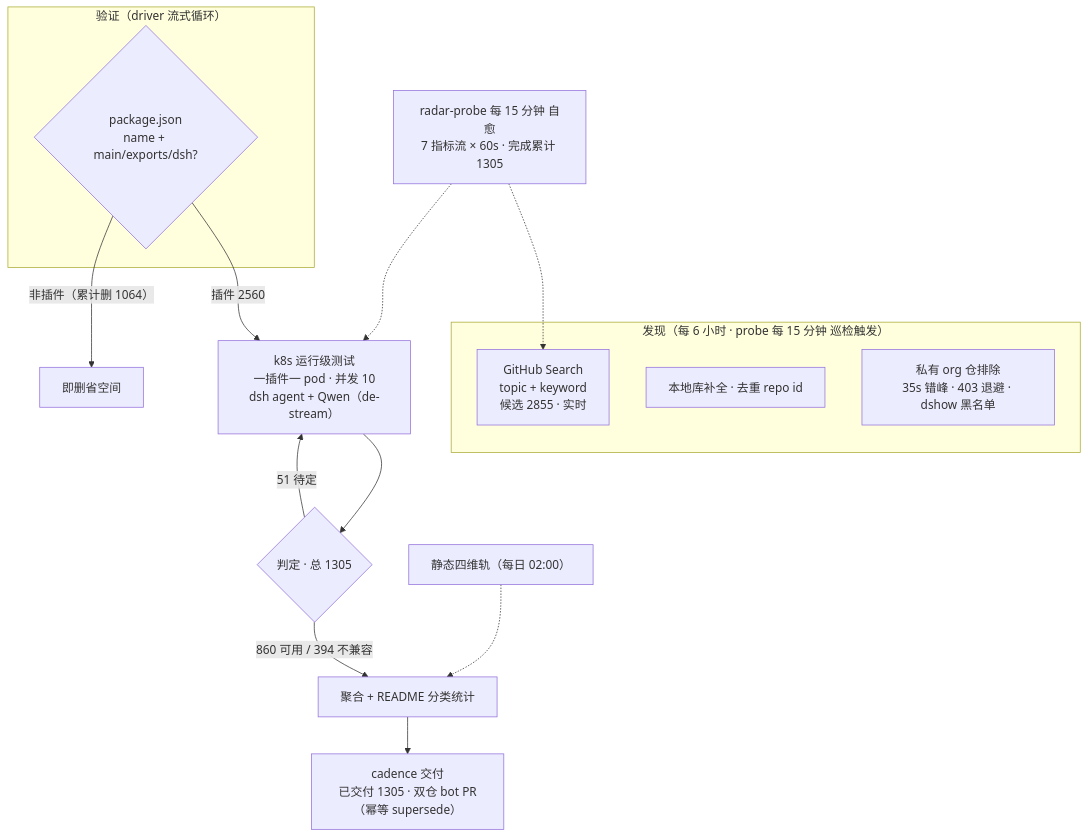
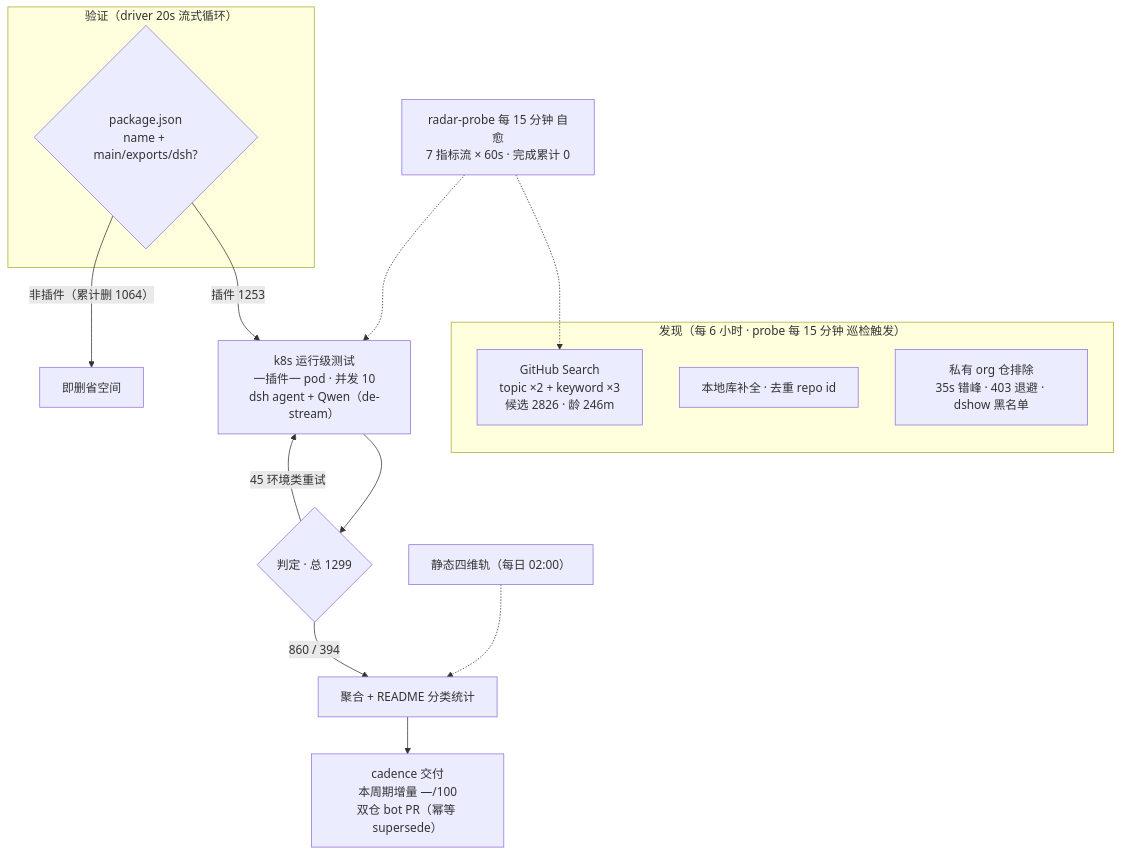
One commit to AdamPlatin123/awesome-dsh-plugins changed the diagram in README.md. Above: the diagram before and after it, drawn with Mermaid. The commit also changed other lines of this file and 3 other files, not shown here.

````diff
--- a/README.md
+++ b/README.md
@@ -31,20 +33,20 @@
 ```mermaid
 flowchart TB
-    subgraph Discovery["发现（每 6 小时 · probe 每 15 分钟 巡检触发）"]
-        A1["GitHub Search<br/>topic + keyword<br/>候选 2855 · 实时"]
+    subgraph Discovery[" 发现（每 6 小时 · probe 每 15 分钟 巡检触发）"]
+        A1["GitHub Search<br/>topic ×2 + keyword ×3<br/>候选 2826 · 龄 246m"]
         A2["本地库补全 · 去重 repo id"]
-        A3["私有 org 仓排除<br/>35s 错峰 · 403 退避 · dshow 黑名单"]
+        A3[" 私有 org 仓排除<br/>35s 错峰 · 403 退避 · dshow 黑名单"]
     end
-    subgraph Validation["验证（driver 流式循环）"]
+    subgraph Validation[" 验证（driver 20s 流式循环）"]
         B1{"package.json<br/>name + main/exports/dsh?"}
     end
-    B1 -->|"插件 2560"| C1["k8s 运行级测试<br/>一插件一 pod · 并发 10<br/>dsh agent + Qwen（de-stream）"]
-    B1 -->|"非插件（累计删 1064）"| B3["即删省空间"]
-    C1 --> D1{"判定 · 总 1305"}
-    D1 -->|"860 可用 / 394 不兼容"| E1["聚合 + README 分类统计"]
-    D1 -->|"51 待定"| C1
-    E1 --> E2["cadence 交付<br/>已交付 1305 · 双仓 bot PR（幂等 supersede）"]
-    S["静态四维轨（每日 02:00）"] -.-> E1
-    M["radar-probe 每 15 分钟 自愈<br/>7 指标流 × 60s · 完成累计 1305"] -.-> A1
+    B1 -->|"插件 1253"| C1["k8s 运行级测试<br/>一插件一 pod · 并发 10<br/>dsh agent + Qwen（de-stream）"]
+    B1 -->|"非插件（累计删 1064）"| B3[" 即删省空间"]
+    C1 --> D1{"判定 · 总 1299"}
+    D1 -->|" 860 /  394"| E1["聚合 + README 分类统计"]
+    D1 -->|" 45 环境类重试"| C1
+    E1 --> E2["cadence 交付<br/>本周期增量 —/100<br/>双仓 bot PR（幂等 supersede）"]
+    S[" 静态四维轨（每日 02:00）"] -.-> E1
+    M[" radar-probe 每 15 分钟 自愈<br/>7 指标流 × 60s · 完成累计 0"] -.-> A1
     M -.-> C1
 ```
````
